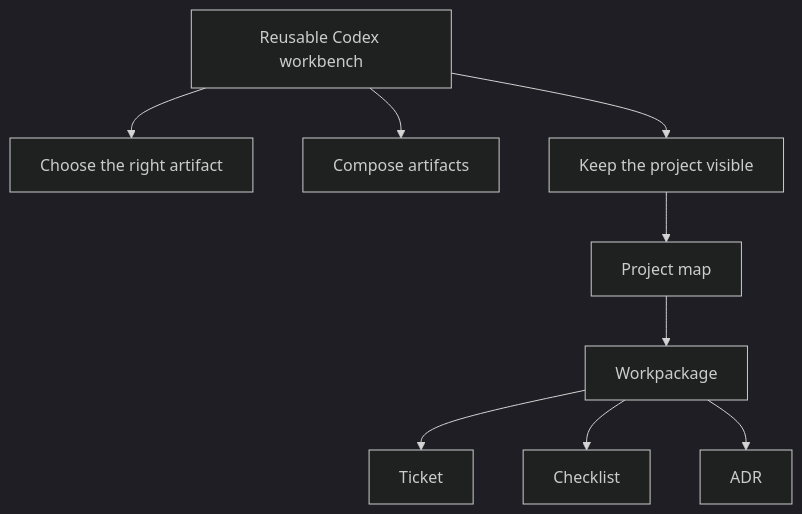
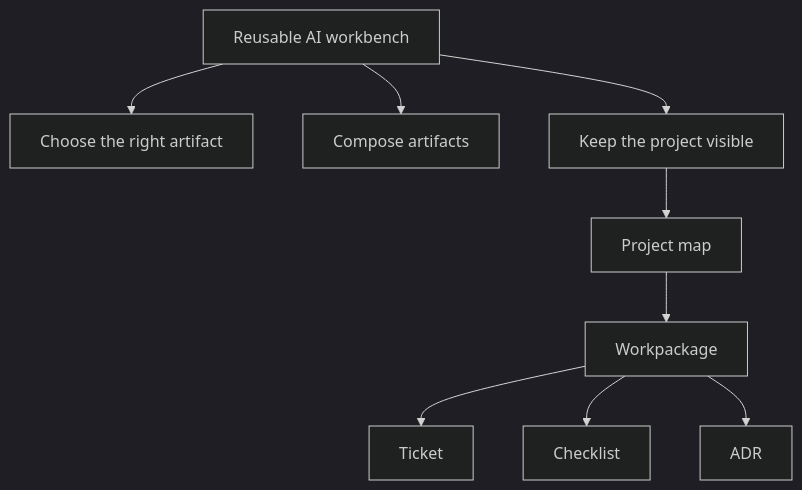
One commit to PC-Redemption/tool_shed changed the diagram in examples/project-map-tool-shed-foundation.md. Above: the diagram before and after it, drawn with Mermaid (dark theme). The commit also changed other lines of this file and 13 other files, not shown here.

````diff
--- a/examples/project-map-tool-shed-foundation.md
+++ b/examples/project-map-tool-shed-foundation.md
@@ -14,11 +14,11 @@
 ```mermaid
 flowchart TD
-  A[Reusable Codex workbench] --> B[Choose the right artifact]
+  A[Reusable AI workbench] --> B[Choose the right artifact]
   A --> C[Compose artifacts]
   A --> D[Keep the project visible]
   D --> E[Project map]
   E --> F[Workpackage]
   F --> G[Ticket]
   F --> H[Checklist]
   F --> I[ADR]
 ```
````
